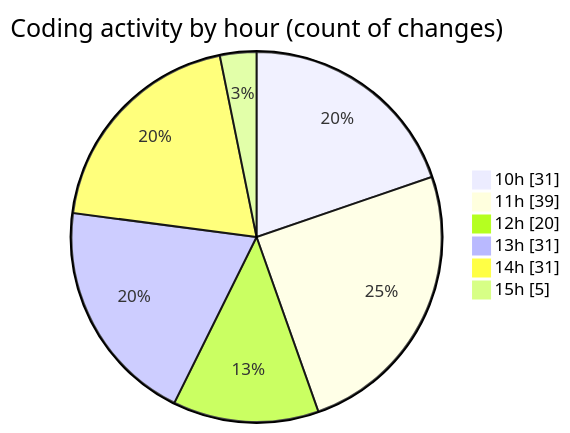
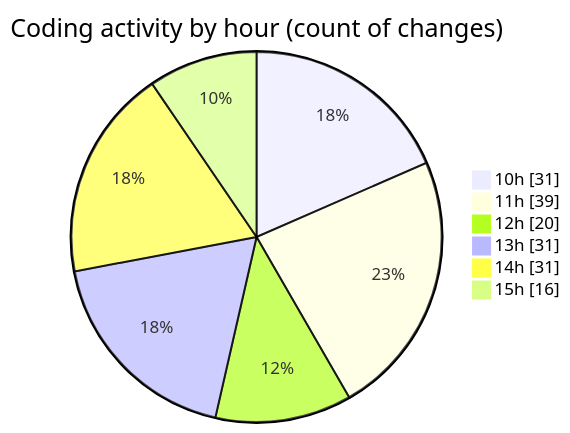
The second of 2 diagrams in 2026-03-25/cda/README.md (momahboobian/code-tracking), drawn with Mermaid before and after one commit. The commit also changed other lines of this file and 1 other file, not shown here.

````diff
--- a/2026-03-25/cda/README.md
+++ b/2026-03-25/cda/README.md
@@ -34,10 +34,10 @@
 ```mermaid
 pie showData
 title Coding activity by hour (count of changes)
 "10h" : 31
 "11h" : 39
 "12h" : 20
 "13h" : 31
 "14h" : 31
-"15h" : 5
+"15h" : 16
 ```
````
